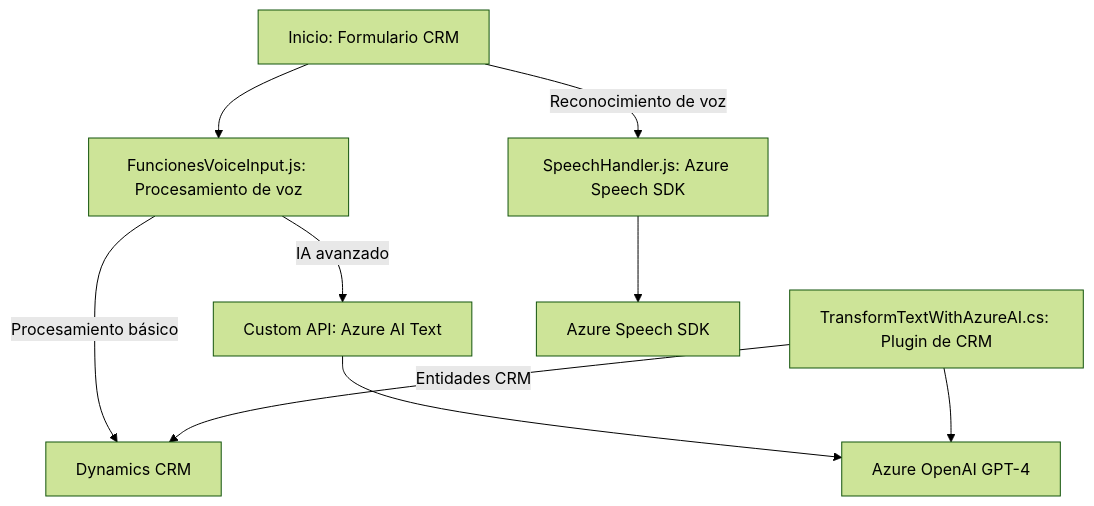
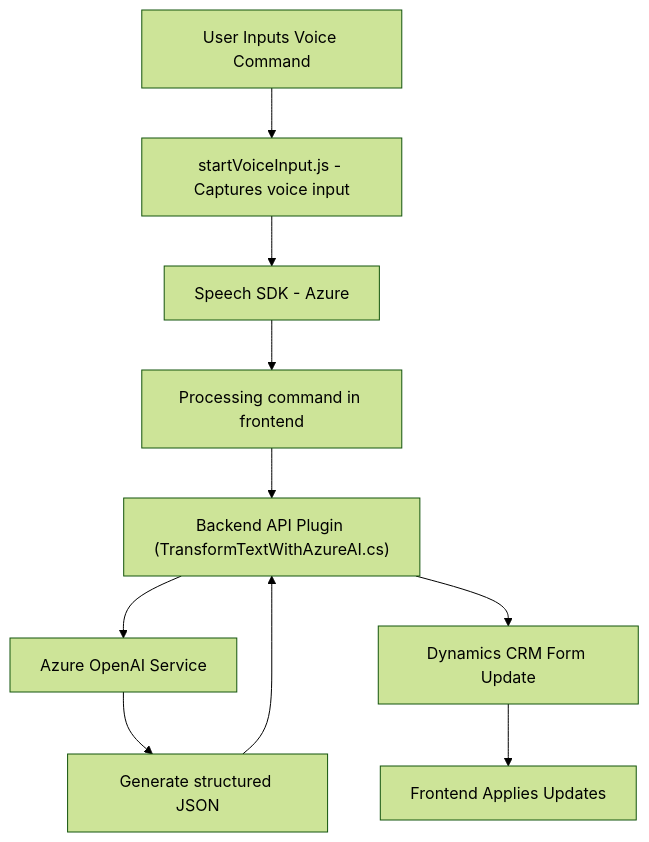
Before and after one commit to blopezdm/NETCORE_BILBAO2025: the diagram in README.md, drawn with Mermaid (forest theme). The commit also changed other lines of this file, not shown here.

````diff
--- a/README.md
+++ b/README.md
@@ -37,20 +49,22 @@
 ```mermaid
 graph TD
-A["Inicio: Formulario CRM"]
-B["SpeechHandler.js: Azure Speech SDK"]
-C["FuncionesVoiceInput.js: Procesamiento de voz"]
-D["Custom API: Azure AI Text"]
-E["TransformTextWithAzureAI.cs: Plugin de CRM"]
-F["Azure Speech SDK"]
-G["Azure OpenAI GPT-4"]
-H["Dynamics CRM"]
-
-A -- Reconocimiento de voz --> B
-A --> C
-B --> F
-C -- Procesamiento básico --> H
-C -- IA avanzado --> D
-D --> G
-E --> G
-E -- Entidades CRM --> H
+    A["User Inputs Voice Command"]
+    B["startVoiceInput.js - Captures voice input"]
+    C["Speech SDK - Azure"]
+    D["Processing command in frontend"]
+    E["Backend API Plugin (TransformTextWithAzureAI.cs)"]
+    F["Azure OpenAI Service"]
+    G["Generate structured JSON"]
+    H["Dynamics CRM Form Update"]
+    I["Frontend Applies Updates"]
+    
+    A --> B
+    B --> C
+    C --> D
+    D --> E
+    E --> F
+    F --> G
+    G --> E
+    E --> H
+    H --> I
 ```
````
